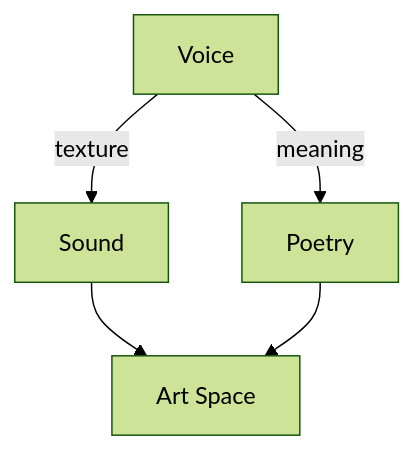
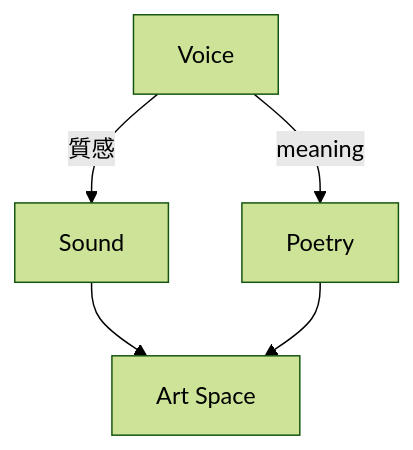
One commit to monumental-movement/monumental-movement.github.io changed the second of 2 diagrams in en/_posts/2026-01-31-column-poetry-soundart.md. Above: the diagram before and after it, drawn with Mermaid (forest theme). The commit also changed other lines of this file and 2196 other files, not shown here.

```diff
--- a/en/_posts/2026-01-31-column-poetry-soundart.md
+++ b/en/_posts/2026-01-31-column-poetry-soundart.md
@@ -161,7 +160,7 @@
 <div class="mermaid">
 graph TD
 V[Voice] -->|meaning| P[Poetry]
-V -->|texture| S[Sound]
+V -->|質感| S[Sound]
 S --> A[Art Space]
 P --> A
 </div>
```
